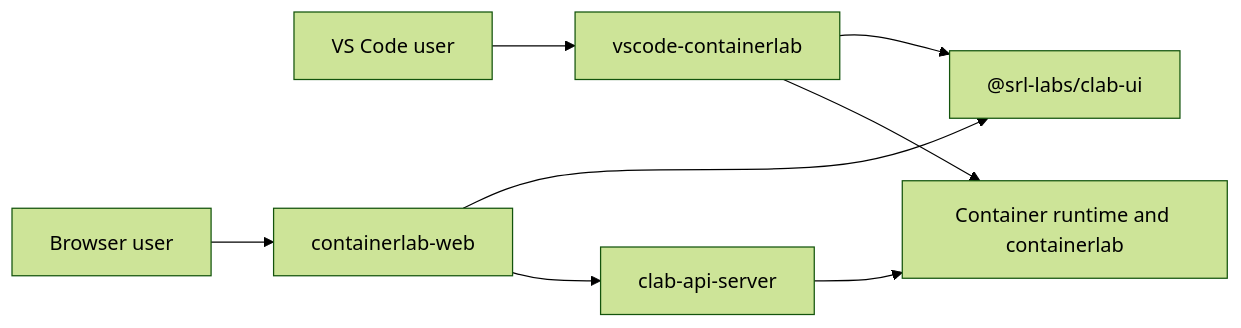
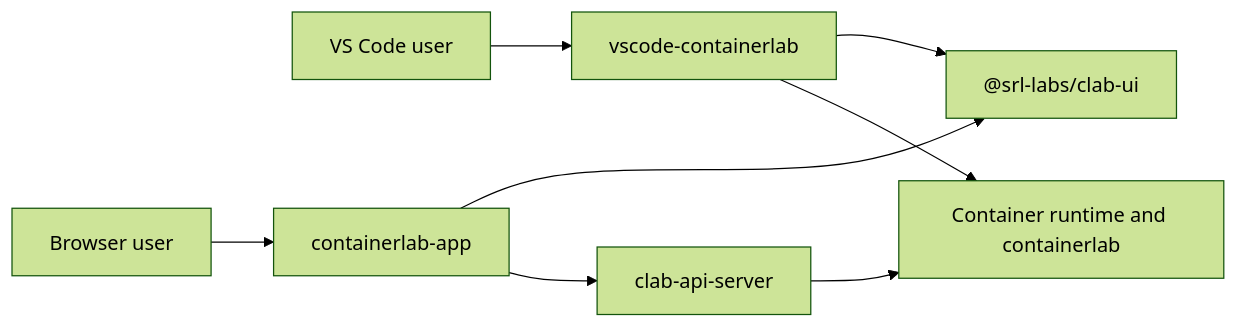
One commit to Muddyblack/clab-ui changed the first of 5 diagrams in docs/00-platform-deep-dive.md. Above: the diagram before and after it, drawn with Mermaid (forest theme). The commit also changed other lines of this file and 15 other files, not shown here.

````diff
--- a/docs/00-platform-deep-dive.md
+++ b/docs/00-platform-deep-dive.md
@@ -24,18 +24,18 @@
 ```mermaid
 flowchart LR
     Browser["Browser user"]
     VSCode["VS Code user"]
     UI["@srl-labs/clab-ui"]
-    WebHost["containerlab-web"]
+    WebHost["containerlab-app"]
     Extension["vscode-containerlab"]
     API["clab-api-server"]
     Runtime["Container runtime and containerlab"]
 
     Browser --> WebHost
     VSCode --> Extension
     WebHost --> UI
     Extension --> UI
     WebHost --> API
     API --> Runtime
     Extension --> Runtime
 ```
````
